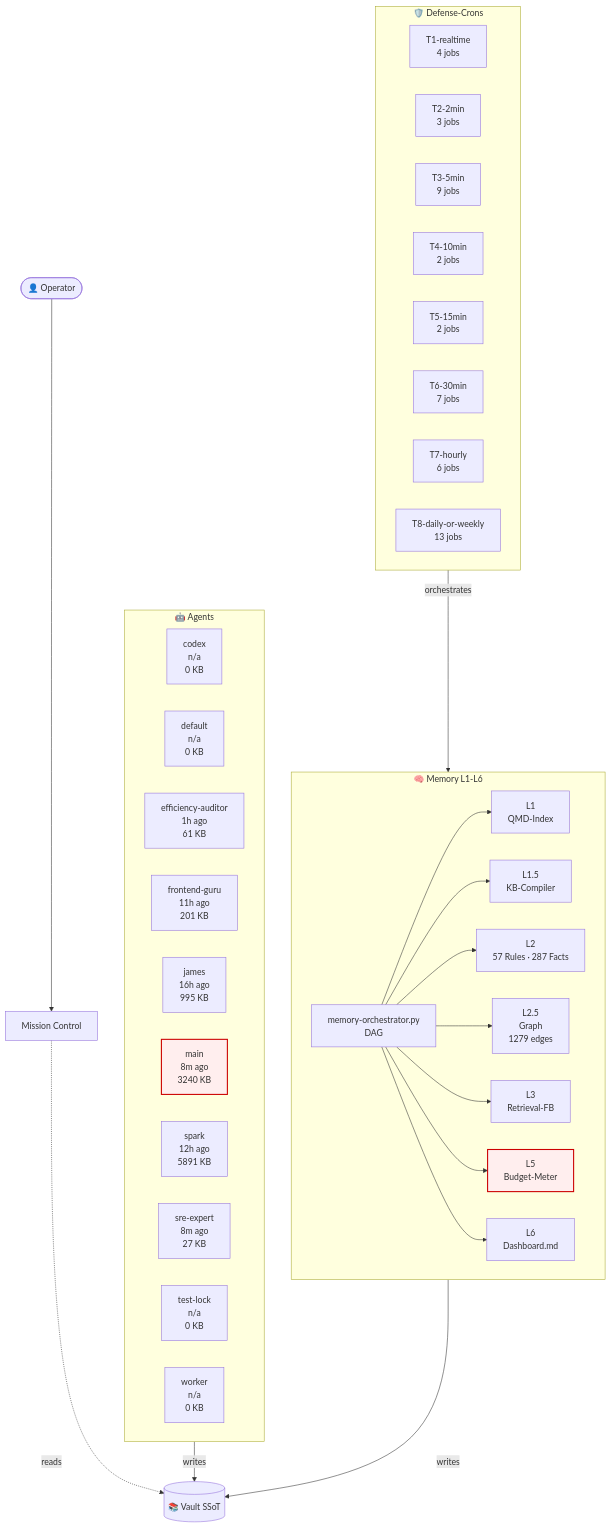
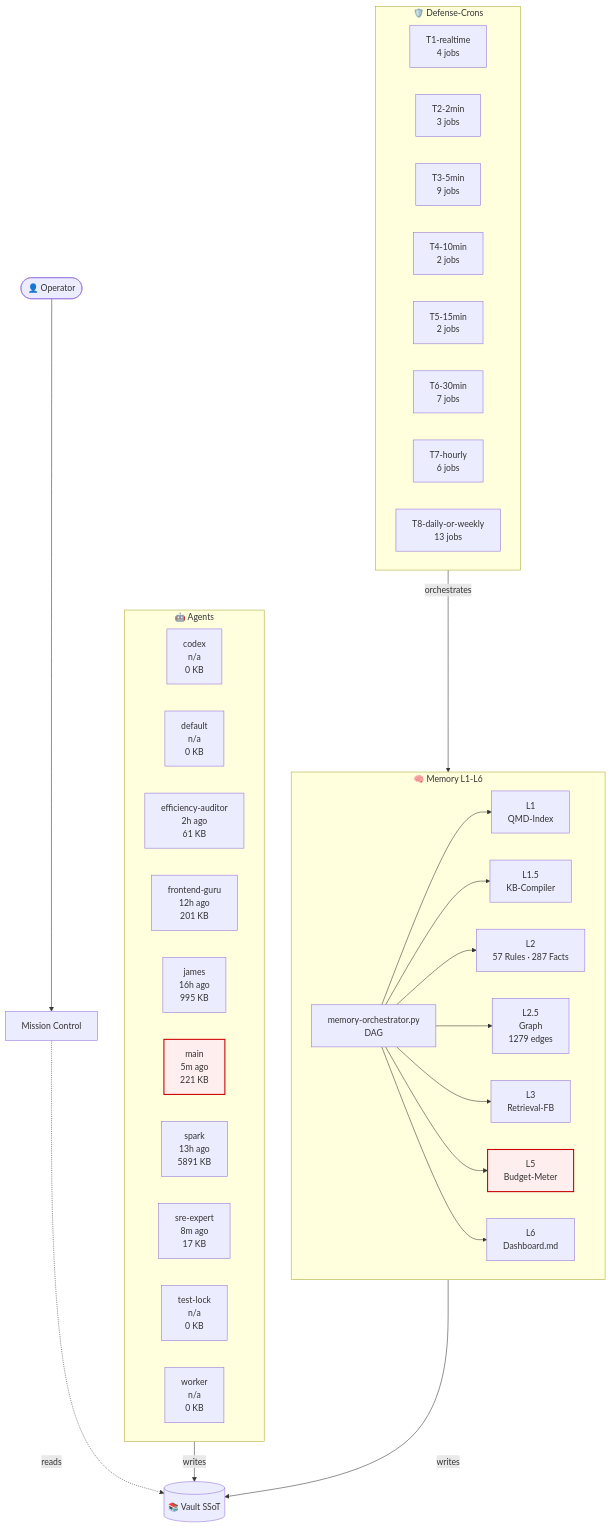
Before and after one commit to lenardhuebner88-rgb/openclaw-memory: the diagram in 03-Agents/architecture-live.md, drawn with Mermaid. The commit also changed other lines of this file and 13 other files, not shown here.

````diff
--- a/03-Agents/architecture-live.md
+++ b/03-Agents/architecture-live.md
@@ -18,53 +18,53 @@
 ```mermaid
 flowchart TB
     classDef critical fill:#fee,stroke:#c00,stroke-width:2px;
     subgraph AGT["🤖 Agents"]
         agent_codex["codex<br/>n/a<br/>0 KB"]
         agent_default["default<br/>n/a<br/>0 KB"]
-        agent_efficiency_auditor["efficiency-auditor<br/>1h ago<br/>61 KB"]
-        agent_frontend_guru["frontend-guru<br/>11h ago<br/>201 KB"]
+        agent_efficiency_auditor["efficiency-auditor<br/>2h ago<br/>61 KB"]
+        agent_frontend_guru["frontend-guru<br/>12h ago<br/>201 KB"]
         agent_james["james<br/>16h ago<br/>995 KB"]
-        agent_main["main<br/>8m ago<br/>3240 KB"]
-        agent_spark["spark<br/>12h ago<br/>5891 KB"]
-        agent_sre_expert["sre-expert<br/>8m ago<br/>27 KB"]
+        agent_main["main<br/>5m ago<br/>221 KB"]
+        agent_spark["spark<br/>13h ago<br/>5891 KB"]
+        agent_sre_expert["sre-expert<br/>8m ago<br/>17 KB"]
         agent_test_lock["test-lock<br/>n/a<br/>0 KB"]
         agent_worker["worker<br/>n/a<br/>0 KB"]
     end
     subgraph MEM["🧠 Memory L1-L6"]
         L1["L1<br/>QMD-Index"]
         L15["L1.5<br/>KB-Compiler"]
         L2["L2<br/>57 Rules · 287 Facts"]
         L25["L2.5<br/>Graph<br/>1279 edges"]
         L3["L3<br/>Retrieval-FB"]
         L5["L5<br/>Budget-Meter"]
         L6["L6<br/>Dashboard.md"]
         ORCH["memory-orchestrator.py<br/>DAG"]
     end
     subgraph CRN["🛡️ Defense-Crons"]
         tier_T1_realtime["T1-realtime<br/>4 jobs"]
         tier_T2_2min["T2-2min<br/>3 jobs"]
         tier_T3_5min["T3-5min<br/>9 jobs"]
         tier_T4_10min["T4-10min<br/>2 jobs"]
         tier_T5_15min["T5-15min<br/>2 jobs"]
         tier_T6_30min["T6-30min<br/>7 jobs"]
         tier_T7_hourly["T7-hourly<br/>6 jobs"]
         tier_T8_daily_or_weekly["T8-daily-or-weekly<br/>13 jobs"]
     end
     VAULT[("📚 Vault SSoT")]
     OP([👤 Operator])
     MC["Mission Control"]
     OP --> MC
     MC -.reads.-> VAULT
     AGT -->|writes| VAULT
     MEM -->|writes| VAULT
     ORCH --> L1
     ORCH --> L15
     ORCH --> L2
     ORCH --> L25
     ORCH --> L3
     ORCH --> L5
     ORCH --> L6
     CRN -->|orchestrates| MEM
     class L5 critical
     class agent_main critical
 ```
````
